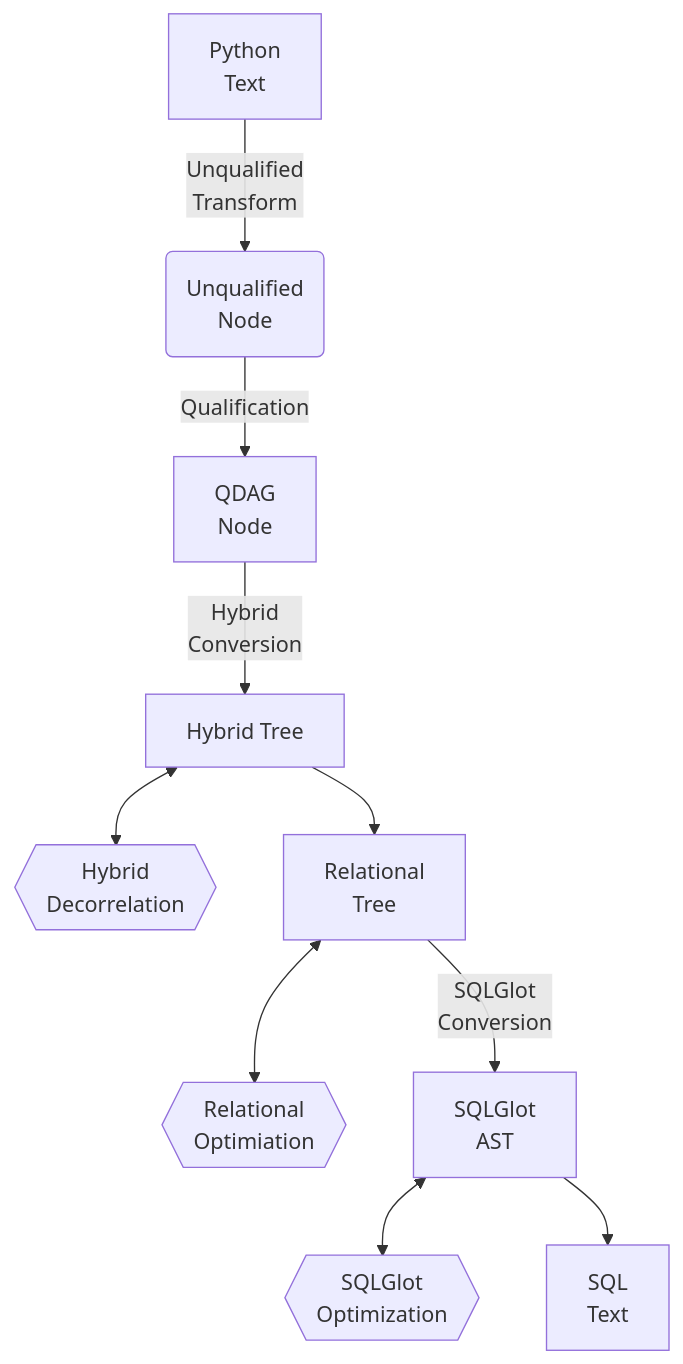
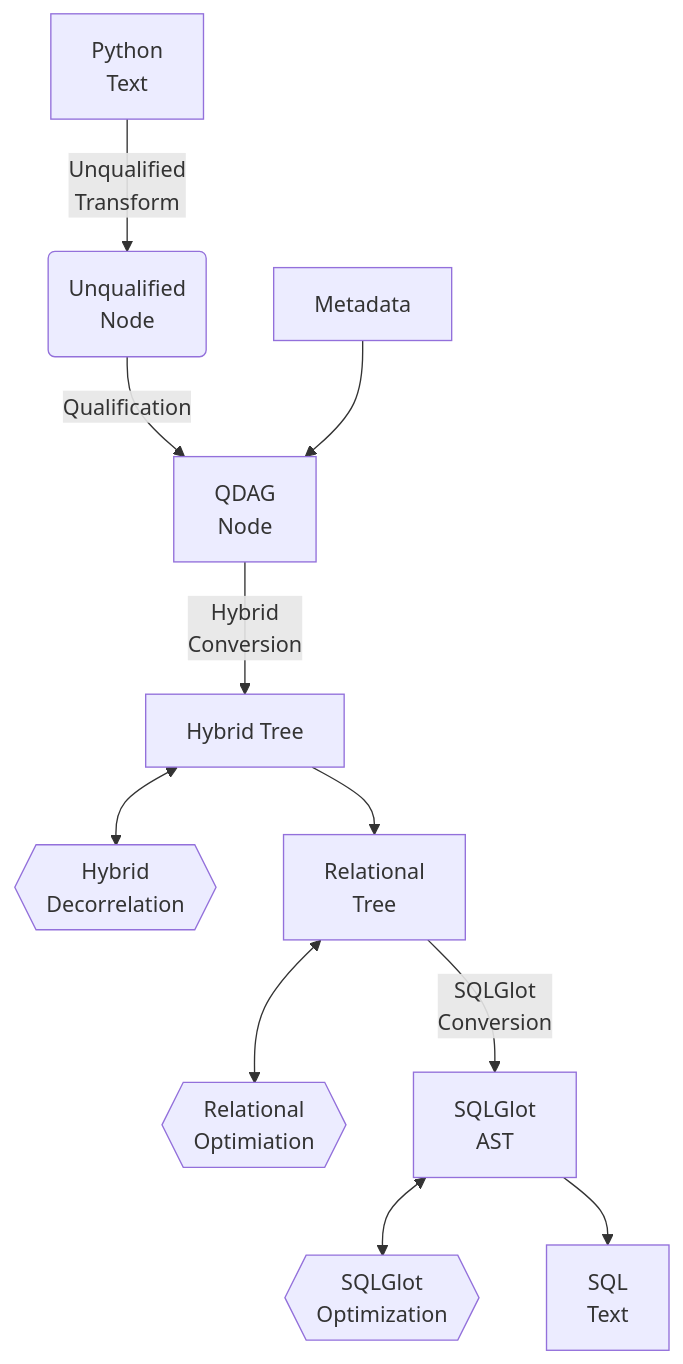
One commit to bodo-ai/PyDough changed the first of 2 diagrams in documentation/ir.md. Above: the diagram before and after it, drawn with Mermaid. The commit also changed other lines of this file, not shown here.

Commit message:
Adding unqualified node diagram

````diff
--- a/documentation/ir.md
+++ b/documentation/ir.md
@@ -39,24 +39,25 @@
 ```mermaid
 flowchart TD
     A[Python
     Text] -->|"Unqualified
     Transform"| B(Unqualified
     Node)
     B -->|Qualification| C[QDAG
     Node]
+    B'[Metadata] -->C
     C -->|"Hybrid
     Conversion"| D[Hybrid Tree]
     D <--> D'{{Hybrid
     Decorrelation}}
     D --> E[Relational
     Tree]
     E <--> E'{{Relational
     Optimiation}}
     F <--> F'{{SQLGlot
     Optimization}}
     E -->|SQLGlot
     Conversion| F[SQLGlot
     AST]
     F --> G[SQL
     Text]
 ```
````
